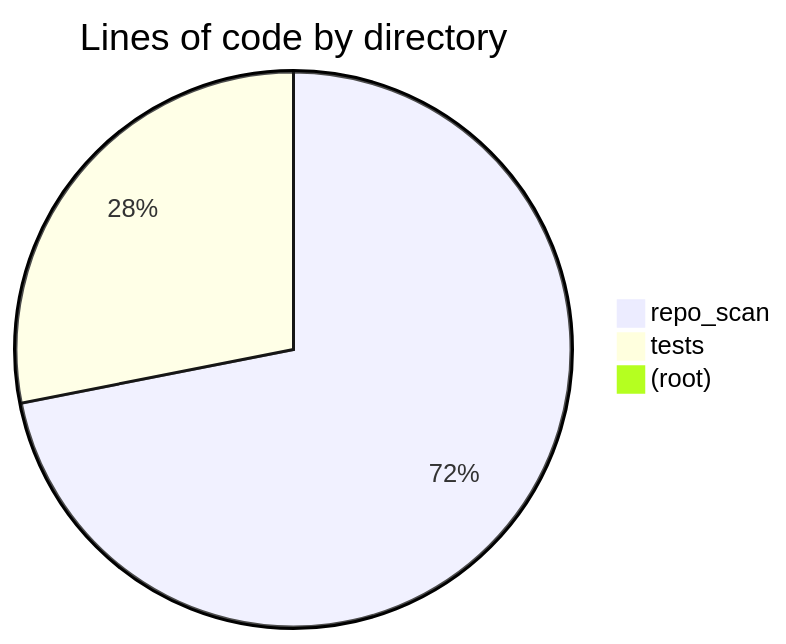
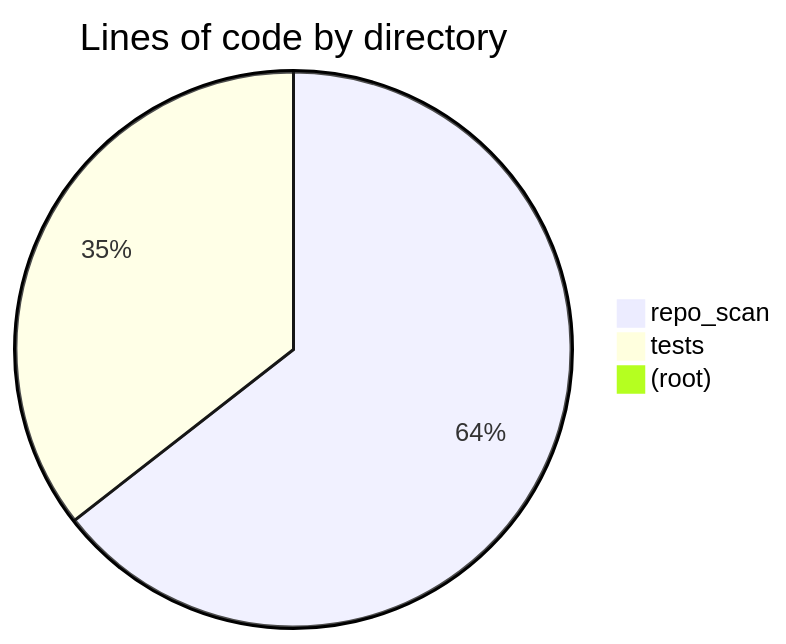
The first of 2 diagrams in docs/reports/health.md (hhleroy97/repo-scan), drawn with Mermaid before and after one commit. The commit also changed other lines of this file and 14 other files, not shown here.

````diff
--- a/docs/reports/health.md
+++ b/docs/reports/health.md
@@ -6,6 +6,6 @@
 ```mermaid
 pie title Lines of code by directory
-    "repo_scan" : 4087
-    "tests" : 1597
-    "(root)" : 30
+    "repo_scan" : 5969
+    "tests" : 3292
+    "(root)" : 16
 ```
````
